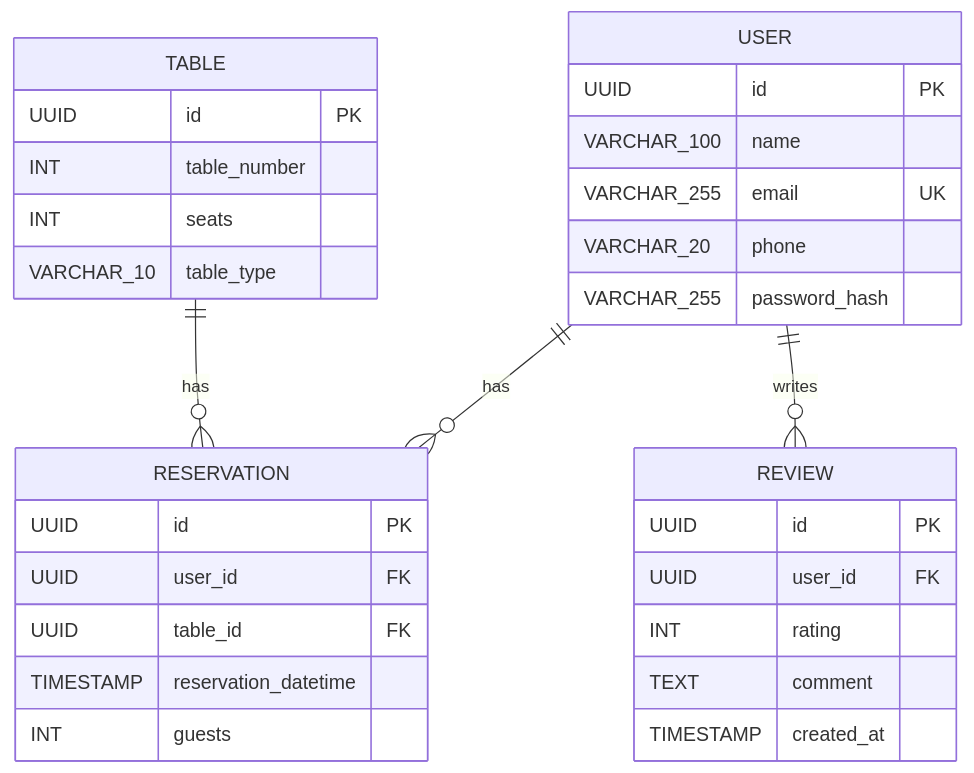
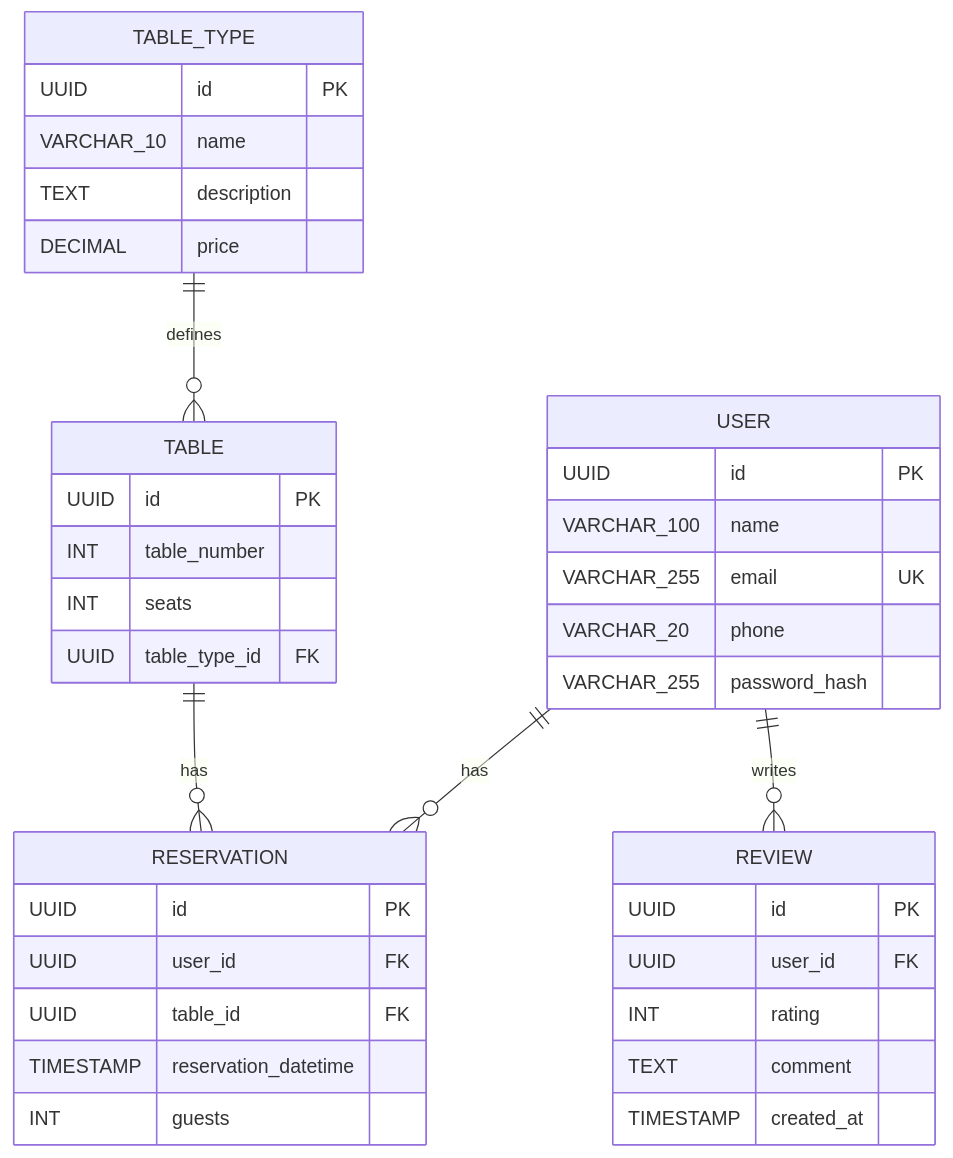
Before and after one commit to Vvvvvaleriia/Labs-KPI: the diagram in ER-model.md, drawn with Mermaid. The commit also changed 1 other file, not shown here.

Commit message:
extract TableType into entity

````diff
--- a/ER-model.md
+++ b/ER-model.md
@@ -1,38 +1,46 @@
 ```mermaid
 erDiagram
 
     USER ||--o{ RESERVATION : "has"
     TABLE ||--o{ RESERVATION : "has"
+    TABLE_TYPE ||--o{ TABLE : "defines"
     USER ||--o{ REVIEW : "writes"
 
     USER {
         UUID id PK
         VARCHAR_100 name
         VARCHAR_255 email UK
         VARCHAR_20 phone
         VARCHAR_255 password_hash
     }
 
     TABLE {
         UUID id PK
         INT table_number
         INT seats
-        VARCHAR_10 table_type
+        UUID table_type_id FK
+    }
+
+    TABLE_TYPE {
+    UUID id PK
+    VARCHAR_10 name
+    TEXT description
+    DECIMAL price
     }
 
     RESERVATION {
         UUID id PK
         UUID user_id FK
         UUID table_id FK
         TIMESTAMP reservation_datetime
         INT guests
     }
 
     REVIEW {
         UUID id PK
         UUID user_id FK
         INT rating
         TEXT comment
         TIMESTAMP created_at
     }
 ```
````
